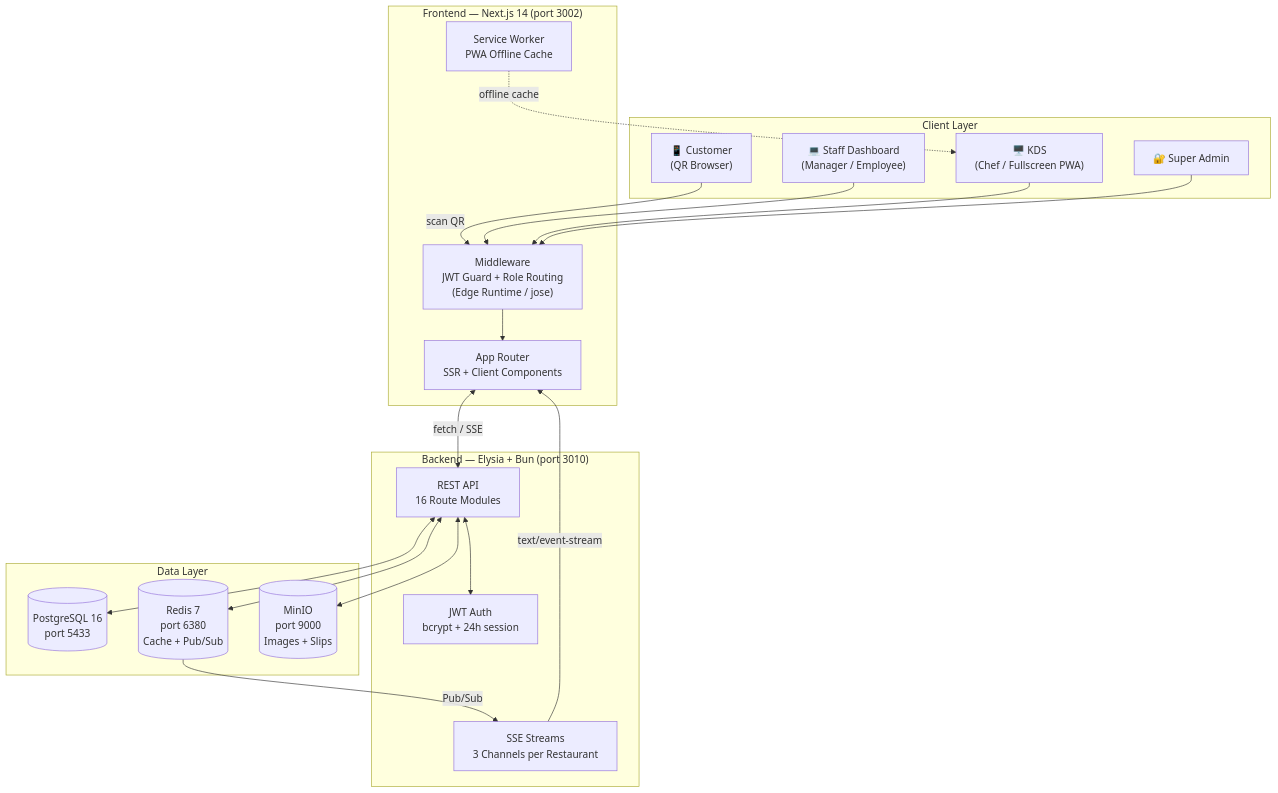
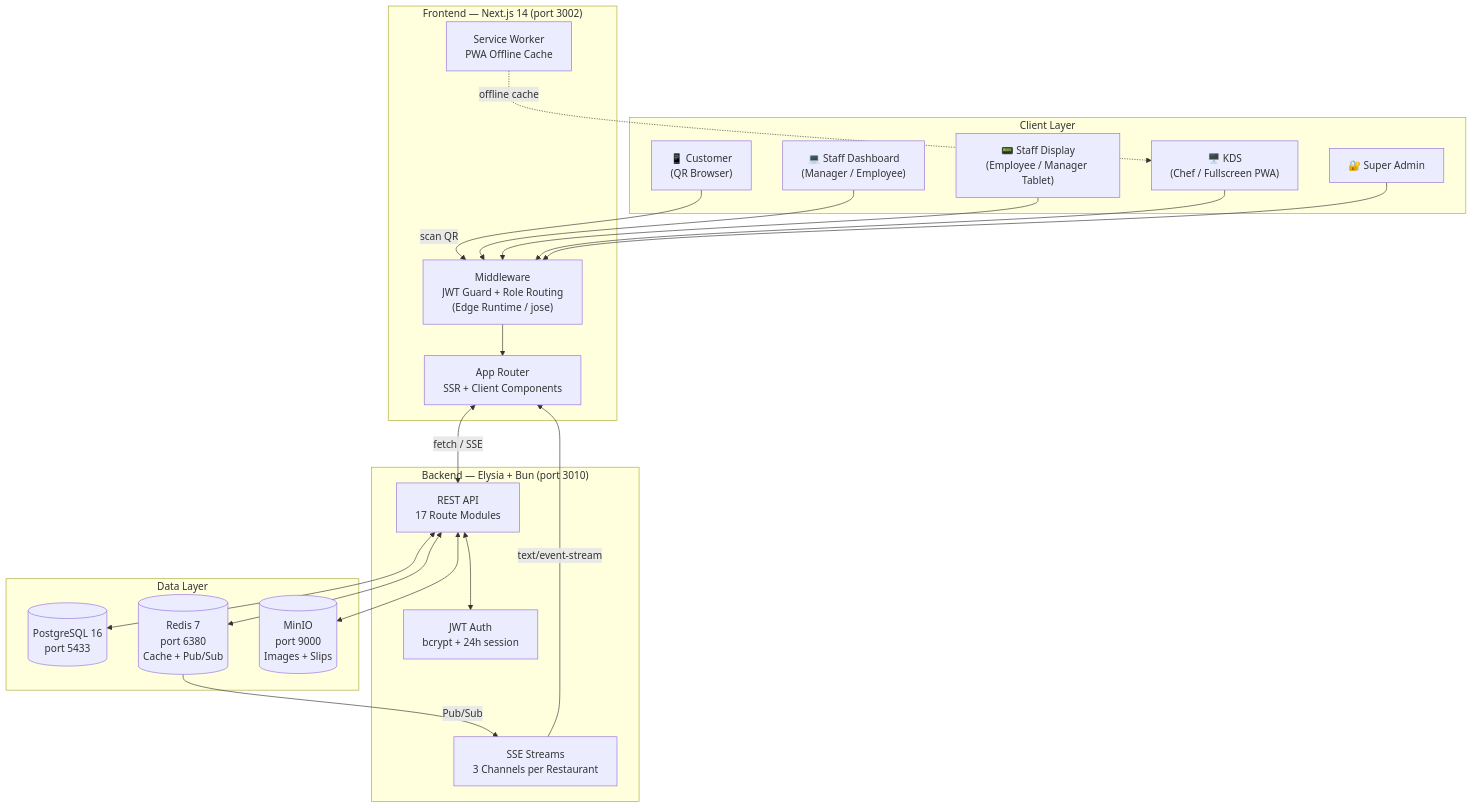
Before and after one commit to krittayoach/Restaurant: the first of 8 diagrams in docs/architecture.md, drawn with Mermaid. The commit also changed other lines of this file and 3 other files, not shown here.

Commit message:
docs: sync architecture, technical-patterns, nfr, design with v2.12

````diff
--- a/docs/architecture.md
+++ b/docs/architecture.md
@@ -5,41 +5,43 @@
 ```mermaid
 graph TB
     subgraph Client["Client Layer"]
         CUS["📱 Customer<br/>(QR Browser)"]
         STAFF["💻 Staff Dashboard<br/>(Manager / Employee)"]
+        TABLET["📟 Staff Display<br/>(Employee / Manager Tablet)"]
         CHEF["🖥️ KDS<br/>(Chef / Fullscreen PWA)"]
         ADMIN["🔐 Super Admin"]
     end
 
     subgraph Frontend["Frontend — Next.js 14 (port 3002)"]
         MW["Middleware<br/>JWT Guard + Role Routing<br/>(Edge Runtime / jose)"]
         APP["App Router<br/>SSR + Client Components"]
         SW["Service Worker<br/>PWA Offline Cache"]
     end
 
     subgraph Backend["Backend — Elysia + Bun (port 3010)"]
-        API["REST API<br/>16 Route Modules"]
+        API["REST API<br/>17 Route Modules"]
         SSE["SSE Streams<br/>3 Channels per Restaurant"]
         AUTH["JWT Auth<br/>bcrypt + 24h session"]
     end
 
     subgraph Data["Data Layer"]
         PG[("PostgreSQL 16<br/>port 5433")]
         REDIS[("Redis 7<br/>port 6380<br/>Cache + Pub/Sub")]
         MINIO[("MinIO<br/>port 9000<br/>Images + Slips")]
     end
 
     CUS -->|"scan QR"| MW
     STAFF --> MW
+    TABLET --> MW
     CHEF --> MW
     ADMIN --> MW
     MW --> APP
     APP <-->|"fetch / SSE"| API
     SW -.->|"offline cache"| CHEF
     API <--> AUTH
     API <--> PG
     API <--> REDIS
     API <--> MINIO
     REDIS -->|"Pub/Sub"| SSE
     SSE -->|"text/event-stream"| APP
 ```
````
